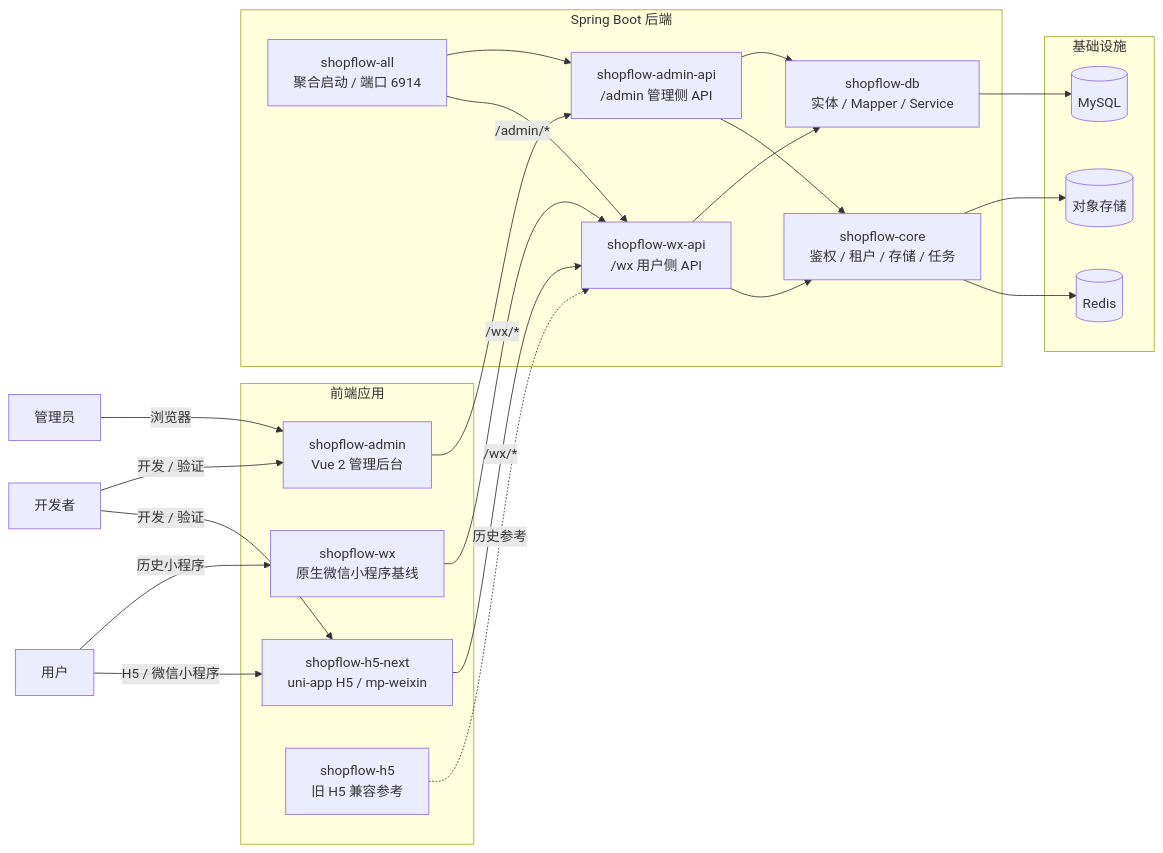
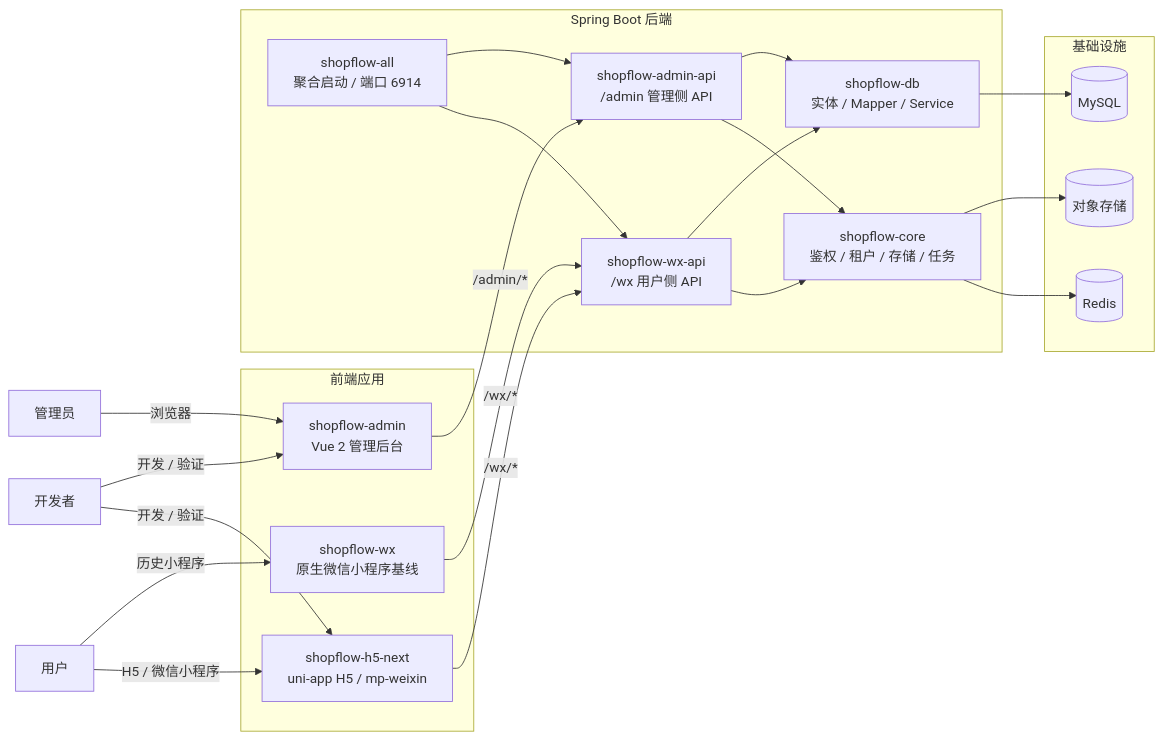
Before and after one commit to XiaoLu-lin/shopFlow: the first of 3 diagrams in README.md, drawn with Mermaid. The commit also changed other lines of this file and 125 other files, not shown here.

````diff
--- a/README.md
+++ b/README.md
@@ -31,48 +30,46 @@
 ```mermaid
 flowchart LR
   user[用户]
   adminUser[管理员]
   dev[开发者]
 
   subgraph client[前端应用]
     h5next["shopflow-h5-next<br/>uni-app H5 / mp-weixin"]
     wx["shopflow-wx<br/>原生微信小程序基线"]
     admin["shopflow-admin<br/>Vue 2 管理后台"]
-    oldh5["shopflow-h5<br/>旧 H5 兼容参考"]
   end
 
   subgraph backend[Spring Boot 后端]
     all["shopflow-all<br/>聚合启动 / 端口 6914"]
     wxapi["shopflow-wx-api<br/>/wx 用户侧 API"]
     adminapi["shopflow-admin-api<br/>/admin 管理侧 API"]
     core["shopflow-core<br/>鉴权 / 租户 / 存储 / 任务"]
     db["shopflow-db<br/>实体 / Mapper / Service"]
   end
 
   subgraph infra[基础设施]
     mysql[(MySQL)]
     redis[(Redis)]
     storage[(对象存储)]
   end
 
   user -->|H5 / 微信小程序| h5next
   user -->|历史小程序| wx
   adminUser -->|浏览器| admin
   dev -->|开发 / 验证| h5next
   dev -->|开发 / 验证| admin
 
   h5next -->|/wx/*| wxapi
   wx -->|/wx/*| wxapi
-  oldh5 -.历史参考.-> wxapi
   admin -->|/admin/*| adminapi
 
   all --> wxapi
   all --> adminapi
   wxapi --> core
   adminapi --> core
   wxapi --> db
   adminapi --> db
   core --> redis
   core --> storage
   db --> mysql
 ```
````
